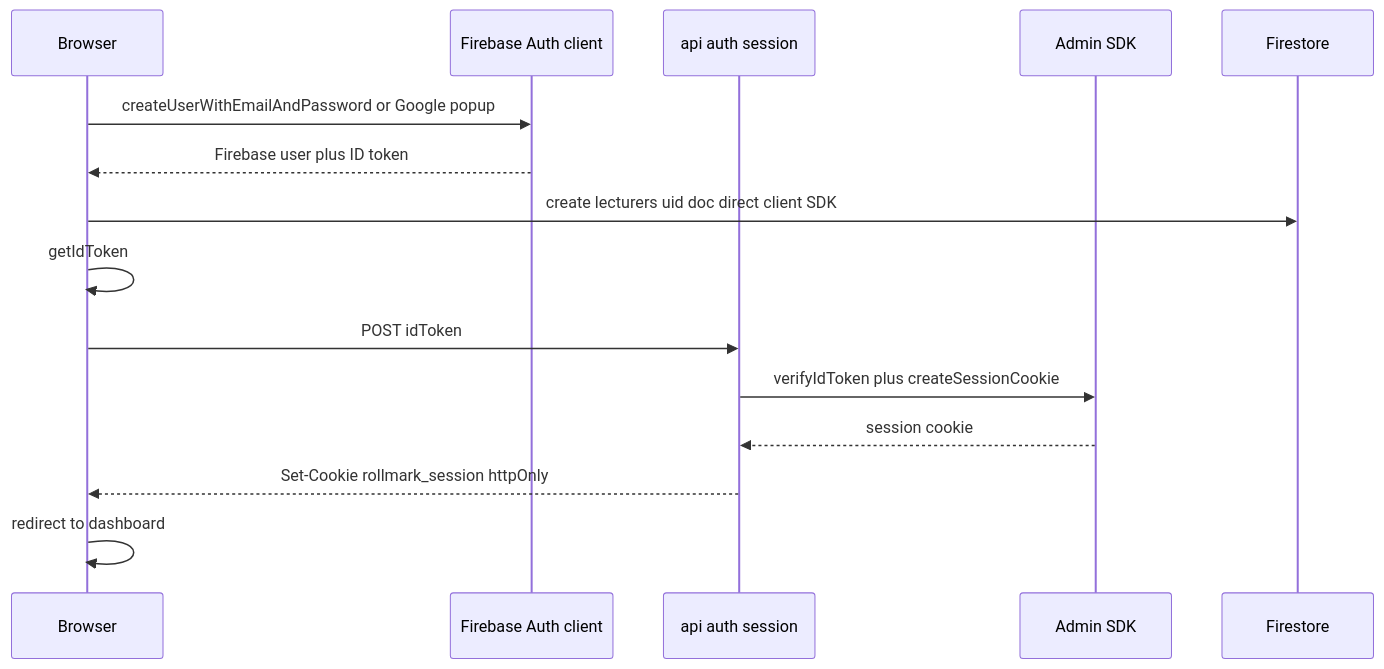
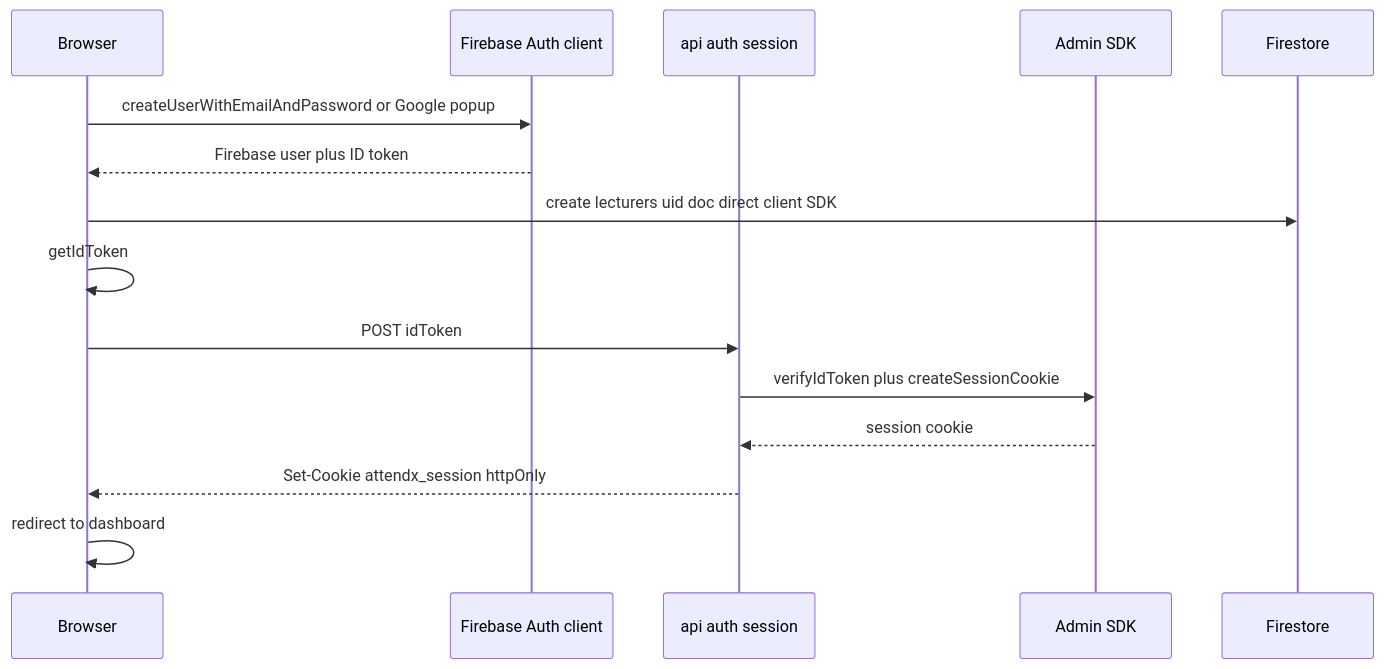
One commit to 89joshuaugwu/attendx changed the first of 3 diagrams in docs/05-auth-flow.md. Above: the diagram before and after it, drawn with Mermaid. The commit also changed other lines of this file and 22 other files, not shown here.

Commit message:
init: initialize project structure with architecture documentation, auth scaffolding, and dashboard layout

````diff
--- a/docs/05-auth-flow.md
+++ b/docs/05-auth-flow.md
@@ -30,18 +30,18 @@
 ```mermaid
 sequenceDiagram
     participant B as Browser
     participant FA as Firebase Auth client
     participant API as api auth session
     participant AD as Admin SDK
     participant FS as Firestore
 
     B->>FA: createUserWithEmailAndPassword or Google popup
     FA-->>B: Firebase user plus ID token
     B->>FS: create lecturers uid doc direct client SDK
     B->>B: getIdToken
     B->>API: POST idToken
     API->>AD: verifyIdToken plus createSessionCookie
     AD-->>API: session cookie
-    API-->>B: Set-Cookie rollmark_session httpOnly
+    API-->>B: Set-Cookie attendx_session httpOnly
     B->>B: redirect to dashboard
 ```
````
